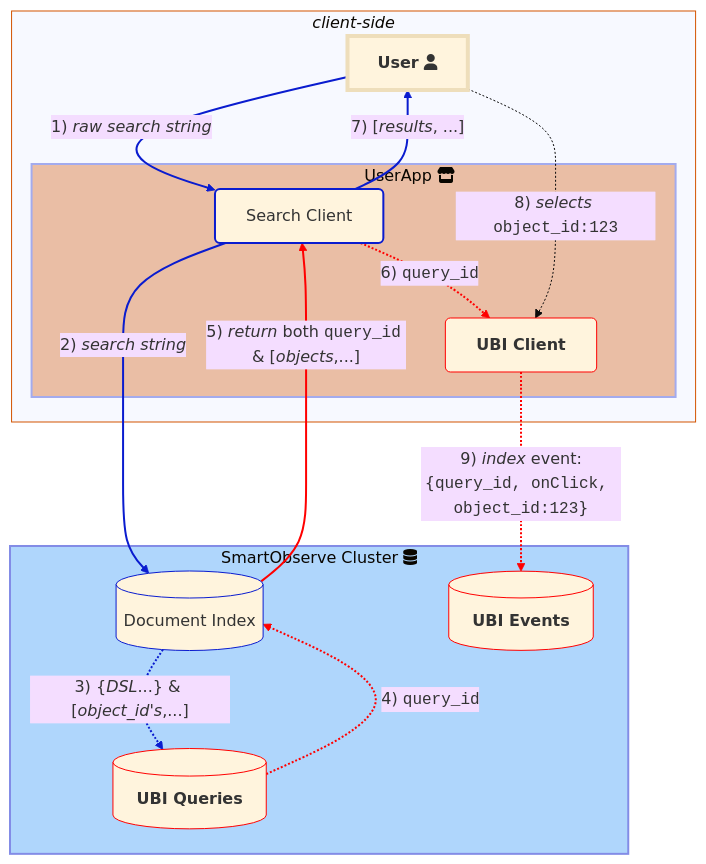
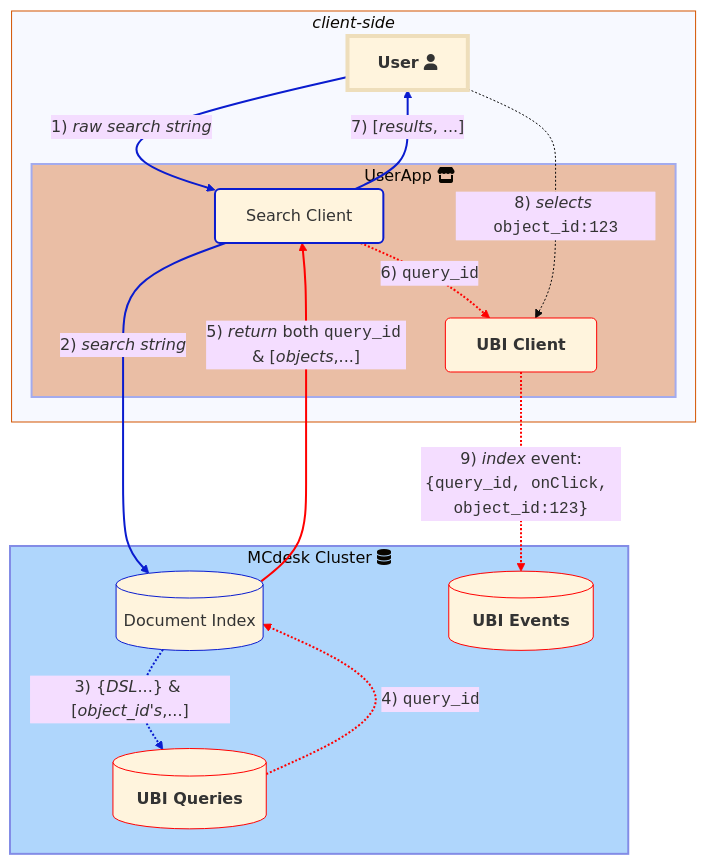
The second of 2 diagrams in _search-plugins/ubi/schemas.md (igsl-group/MCDesk_Doc), drawn with Mermaid (base theme) before and after one commit. The commit also changed other lines of this file and 1191 other files, not shown here.

````diff
--- a/_search-plugins/ubi/schemas.md
+++ b/_search-plugins/ubi/schemas.md
@@ -67,46 +67,46 @@
 ```mermaid
 %%{init: {
   "flowchart": {"htmlLabels": false},
 
   } 
 }%%
 graph TB
 
 User--1) <i>raw search string</i>-->Search;  
 Search--2) <i>search string</i>-->Docs 
 style OS stroke-width:2px, stroke:#0A1CCF, fill:#62affb, opacity:.5
-subgraph OS[SmartObserve Cluster fa:fa-database]
+subgraph OS[MCdesk Cluster fa:fa-database]
   style E stroke-width:1px,stroke:red
   E[(&emsp;<b>UBI Events</b>&emsp;)]
   style Docs stroke-width:1px,stroke:#0A1CCF
   style Q stroke-width:1px,stroke:red
   Docs[(Document Index)] -."3) {<i>DSL</i>...} & [<i>object_id's</i>,...]".-> Q[(&emsp;<b>UBI Queries</b>&emsp;)]; 
   Q -.4) <span style="font-family:Courier New">query_id</span>.-> Docs ;  
 end
 
 Docs -- "5) <i>return</i> both <span style="font-family:Courier New">query_id</span> & [<i>objects</i>,...]" --->Search ;
 Search-.6) <span style="font-family:Courier New">query_id</span>.->U;
 Search --7) [<i>results</i>, ...]--> User
 
 style *client-side* stroke-width:1px, stroke:#D35400
 subgraph "`*client-side*`"
   style User stroke-width:4px, stroke:#EC636
   User["`**User**`" fa:fa-user]
   App
   Search  
   U
   style App fill:#D35400,opacity:.35, stroke:#0A1CCF, stroke-width:2px
   subgraph App[&emsp;&emsp;&emsp;&emsp;&emsp;&emsp;&emsp;UserApp fa:fa-store]
     style Search stroke-width:2px, stroke:#0A1CCF
     Search(&emsp;Search Client&emsp;)    
     style U stroke-width:1px,stroke:red
     U(&emsp;<b>UBI Client</b>&emsp;)
   end
 end
 
 User -.8) <i>selects</i> <span style="font-family:Courier New">object_id:123</span>.->U;
 U-."9) <i>index</i> event:{<span style="font-family:Courier New">query_id, onClick, object_id:123</span>}".->E;
 
 linkStyle 1,2,0,6 stroke-width:2px,fill:none,stroke:#0A1CCF
 linkStyle 3,4,5,8 stroke-width:2px,fill:none,stroke:red
 ```
````
